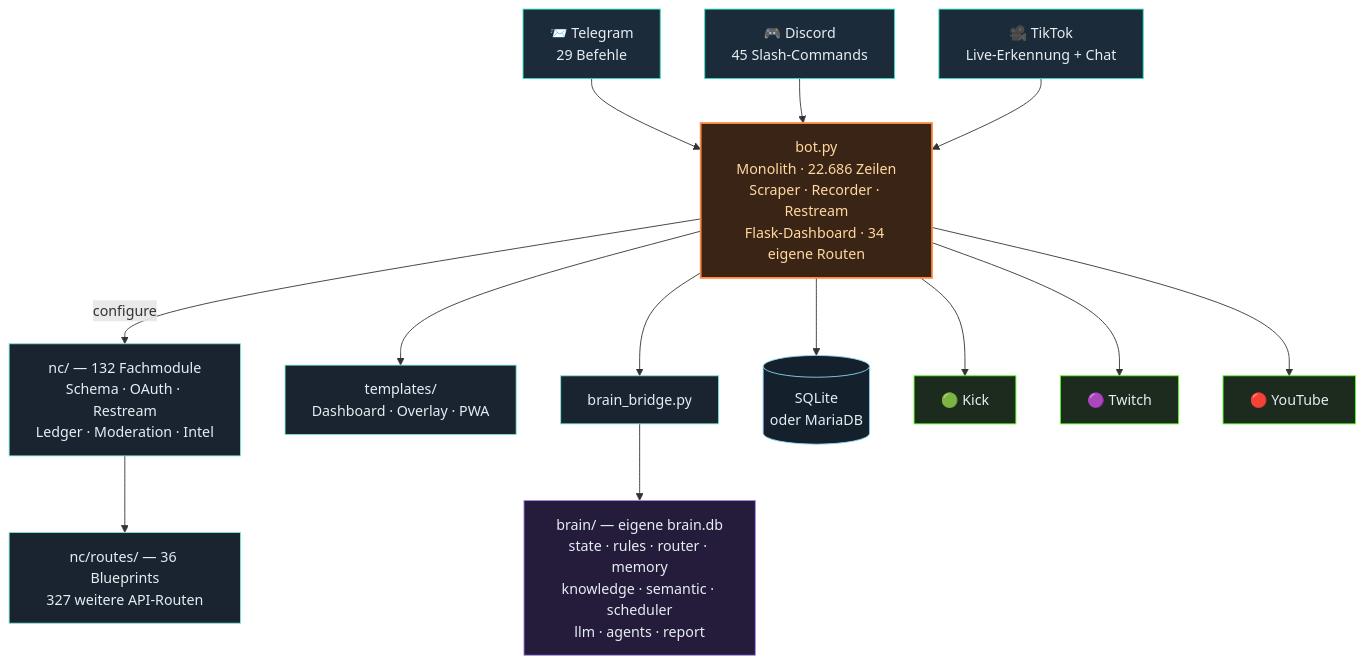
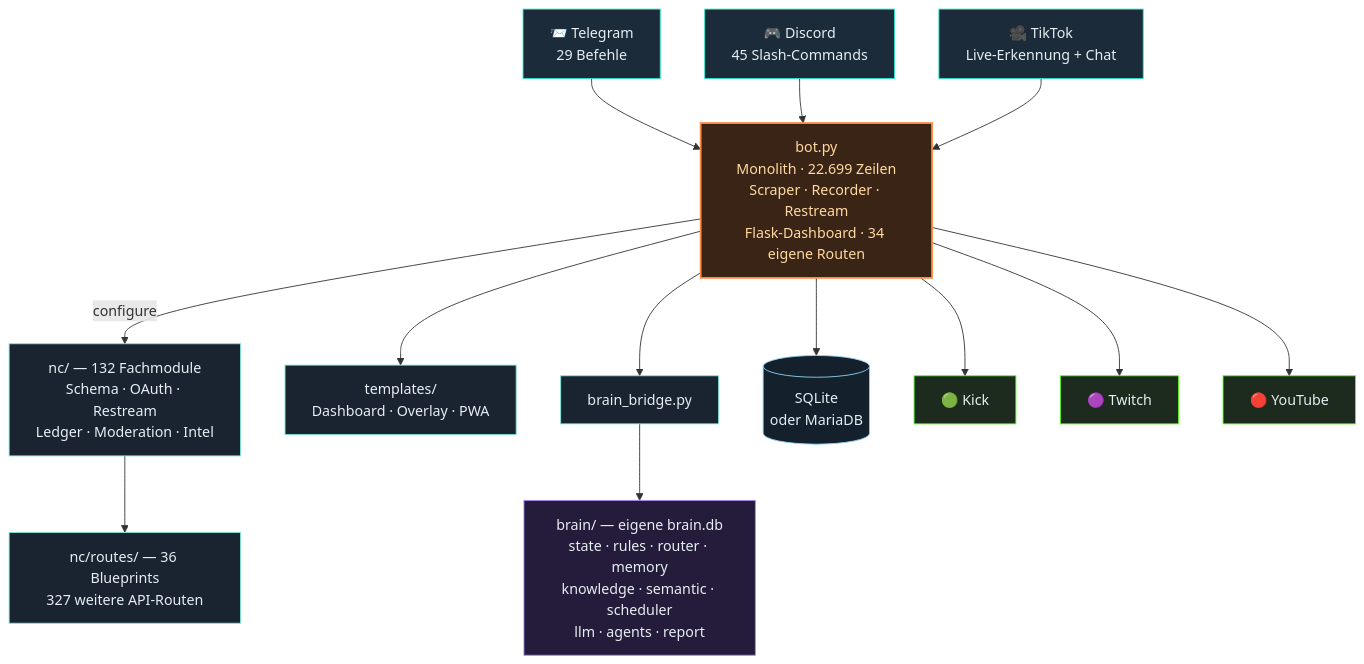
The third of 4 diagrams in README.md (itsamemedev/Telegram-Stream-Info-Bot), drawn with Mermaid before and after one commit. The commit also changed other lines of this file and 14 other files, not shown here.

````diff
--- a/README.md
+++ b/README.md
@@ -189,30 +189,30 @@
 ```mermaid
 flowchart TB
     TG["📨 Telegram<br/>29 Befehle"]:::ein
     DC["🎮 Discord<br/>45 Slash-Commands"]:::ein
     TT["🎥 TikTok<br/>Live-Erkennung + Chat"]:::ein
 
     TG --> BOT
     DC --> BOT
     TT --> BOT
 
-    BOT["bot.py<br/>Monolith · 22.686 Zeilen<br/>Scraper · Recorder · Restream<br/>Flask-Dashboard · 34 eigene Routen"]:::core
+    BOT["bot.py<br/>Monolith · 22.699 Zeilen<br/>Scraper · Recorder · Restream<br/>Flask-Dashboard · 34 eigene Routen"]:::core
 
     BOT -->|configure| NC["nc/ — 132 Fachmodule<br/>Schema · OAuth · Restream<br/>Ledger · Moderation · Intel"]:::lib
     NC --> RT["nc/routes/ — 36 Blueprints<br/>327 weitere API-Routen"]:::lib
     BOT --> TPL["templates/<br/>Dashboard · Overlay · PWA"]:::lib
     BOT --> BR["brain_bridge.py"]:::lib
     BR --> BRAIN["brain/ — eigene brain.db<br/>state · rules · router · memory<br/>knowledge · semantic · scheduler<br/>llm · agents · report"]:::brain
     BOT --> DB[("SQLite<br/>oder MariaDB")]:::db
 
     BOT --> KICK["🟢 Kick"]:::out
     BOT --> TW["🟣 Twitch"]:::out
     BOT --> YT["🔴 YouTube"]:::out
 
     classDef ein fill:#1c2b3a,stroke:#2de1c2,color:#e6edf3
     classDef core fill:#3a2415,stroke:#ff8c42,stroke-width:2px,color:#ffd9a0
     classDef lib fill:#1a2430,stroke:#7fe7d4,color:#e6edf3
     classDef brain fill:#241c3a,stroke:#a78bfa,color:#e6edf3
     classDef db fill:#14202c,stroke:#8fd3f4,color:#e6edf3
     classDef out fill:#1c2b1e,stroke:#53fc18,color:#e6edf3
 ```
````
